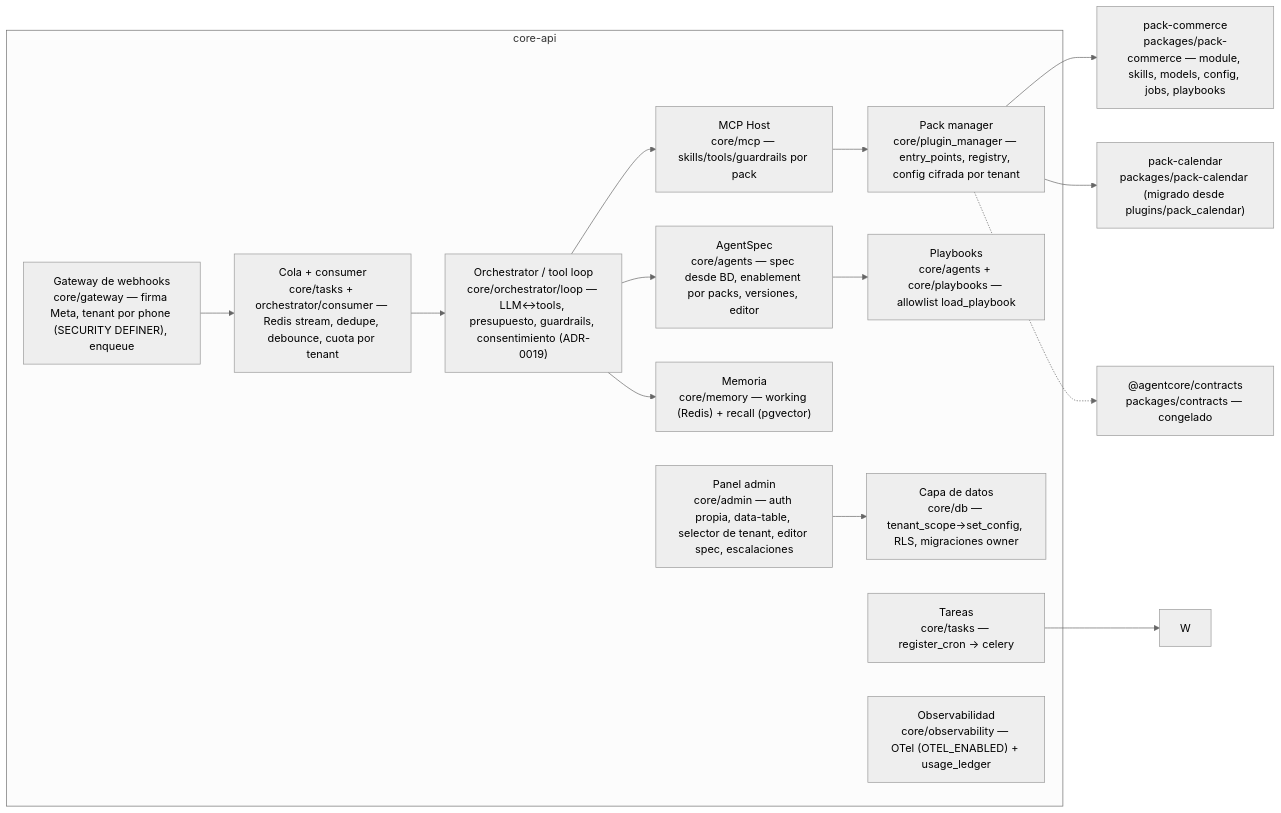
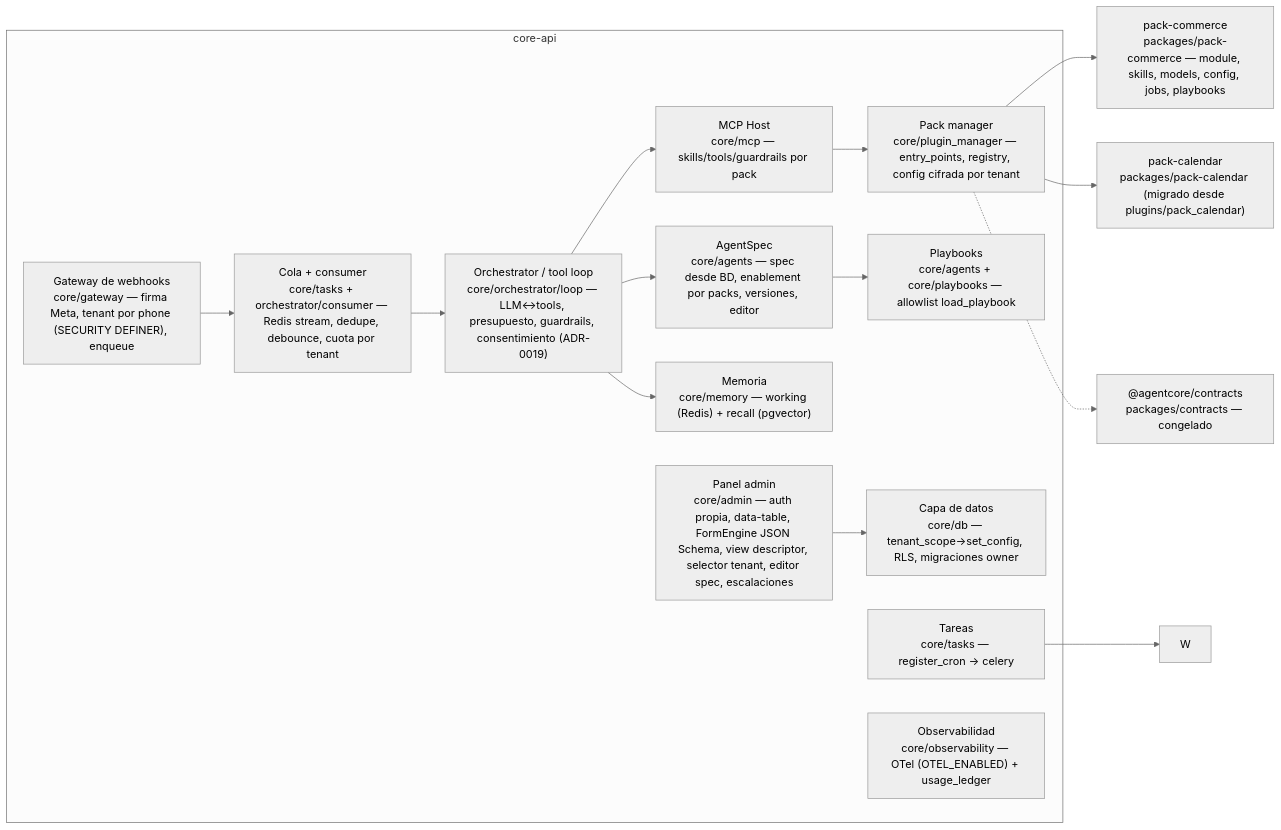
The third of 3 diagrams in docs/architecture/c4.md (devrochy/agent-core), drawn with Mermaid (neutral theme) before and after one commit. The commit also changed other lines of this file and 10 other files, not shown here.

First line of the commit message:
feat(sprint-4): Fase D — panel por descriptor (FormEngine JSON Schema + ViewRenderer)

````diff
--- a/docs/architecture/c4.md
+++ b/docs/architecture/c4.md
@@ -50,28 +50,28 @@
 ```mermaid
 graph LR
   subgraph API["core-api"]
     GW["Gateway de webhooks<br/>core/gateway — firma Meta, tenant por phone (SECURITY DEFINER), enqueue"]
     Q["Cola + consumer<br/>core/tasks + orchestrator/consumer — Redis stream, dedupe, debounce, cuota por tenant"]
     LP["Orchestrator / tool loop<br/>core/orchestrator/loop — LLM↔tools, presupuesto, guardrails, consentimiento (ADR-0019)"]
     MCP["MCP Host<br/>core/mcp — skills/tools/guardrails por pack"]
     PM["Pack manager<br/>core/plugin_manager — entry_points, registry, config cifrada por tenant"]
     SP["AgentSpec<br/>core/agents — spec desde BD, enablement por packs, versiones, editor"]
     PL["Playbooks<br/>core/agents + core/playbooks — allowlist load_playbook"]
     MEM["Memoria<br/>core/memory — working (Redis) + recall (pgvector)"]
-    ADM["Panel admin<br/>core/admin — auth propia, data-table, selector de tenant, editor spec, escalaciones"]
+    ADM["Panel admin<br/>core/admin — auth propia, data-table, FormEngine JSON Schema, view descriptor, selector tenant, editor spec, escalaciones"]
     DB["Capa de datos<br/>core/db — tenant_scope→set_config, RLS, migraciones owner"]
     TSK["Tareas<br/>core/tasks — register_cron → celery"]
     OBS["Observabilidad<br/>core/observability — OTel (OTEL_ENABLED) + usage_ledger"]
   end
   PC["pack-commerce<br/>packages/pack-commerce — module, skills, models, config, jobs, playbooks"]
   CAL["pack-calendar<br/>packages/pack-calendar (migrado desde plugins/pack_calendar)"]
   CT["@agentcore/contracts<br/>packages/contracts — congelado"]
   GW --> Q --> LP --> MCP --> PM
   LP --> SP --> PL
   LP --> MEM
   ADM --> DB
   PM --> PC
   PM --> CAL
   PM -.-> CT
   TSK --> W
 ```
````
